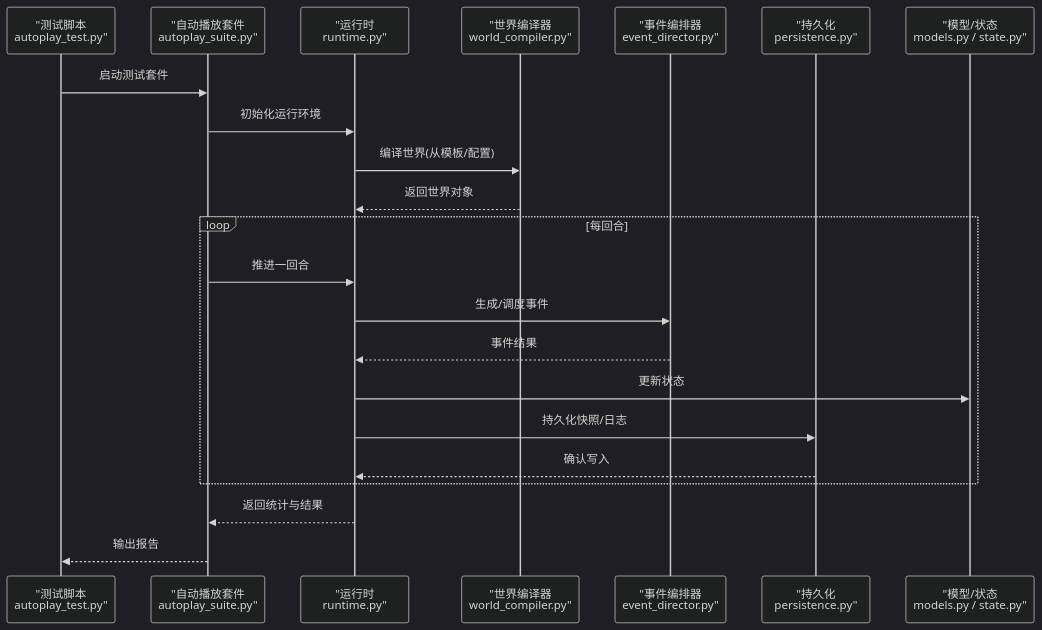
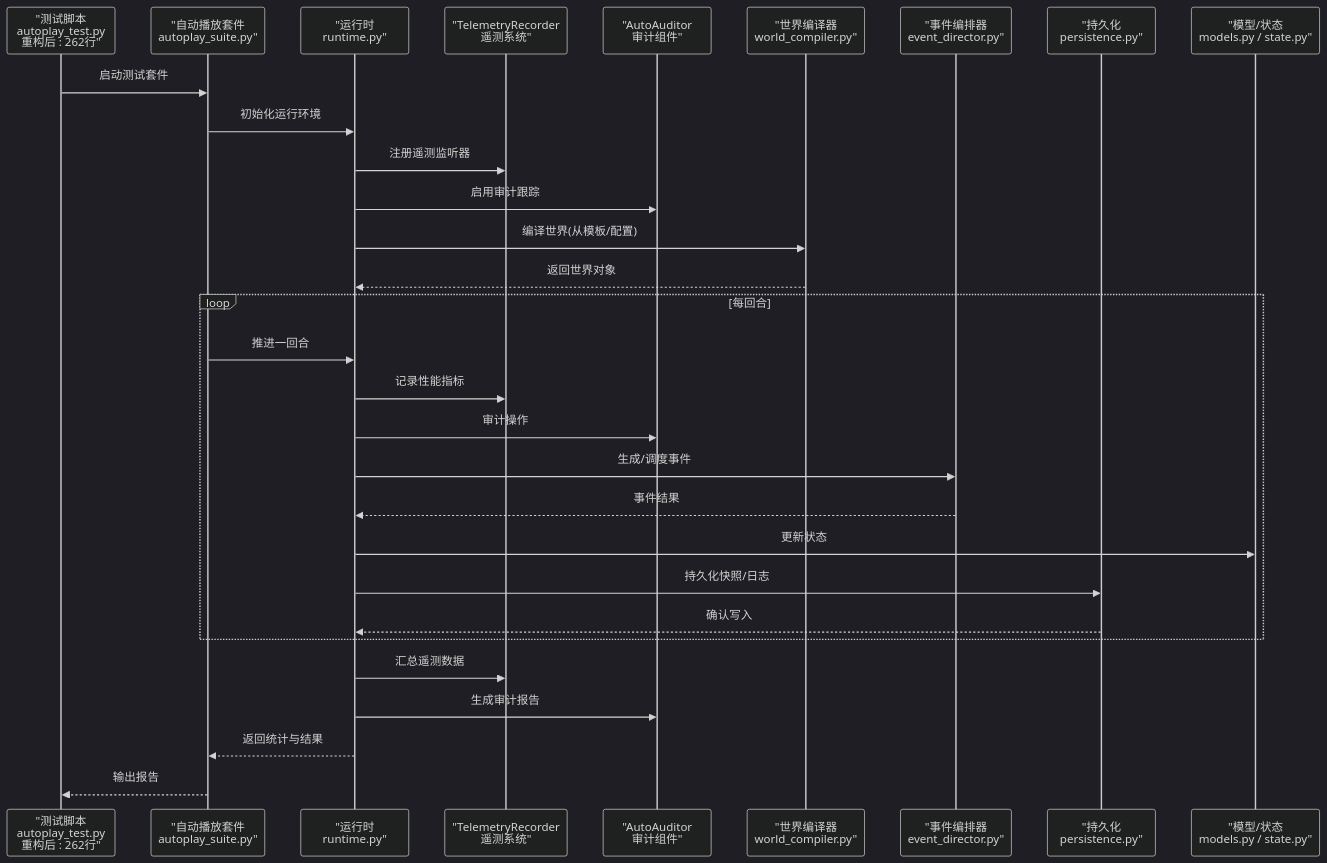
The second of 3 diagrams in .qoder/repowiki/zh/content/工具集/自动播放测试框架.md (Ivandanslespace/thegreatnovel), drawn with Mermaid (dark theme) before and after one commit. The commit also changed other lines of this file and 72 other files, not shown here.

````diff
--- a/.qoder/repowiki/zh/content/工具集/自动播放测试框架.md
+++ b/.qoder/repowiki/zh/content/工具集/自动播放测试框架.md
@@ -115,24 +133,32 @@
 ```mermaid
 sequenceDiagram
-participant T as "测试脚本<br/>autoplay_test.py"
+participant T as "测试脚本<br/>autoplay_test.py<br/>重构后 : 262行"
 participant S as "自动播放套件<br/>autoplay_suite.py"
 participant R as "运行时<br/>runtime.py"
+participant TR as "TelemetryRecorder<br/>遥测系统"
+participant AA as "AutoAuditor<br/>审计组件"
 participant W as "世界编译器<br/>world_compiler.py"
 participant E as "事件编排器<br/>event_director.py"
 participant P as "持久化<br/>persistence.py"
 participant M as "模型/状态<br/>models.py / state.py"
 T->>S : 启动测试套件
 S->>R : 初始化运行环境
+R->>TR : 注册遥测监听器
+R->>AA : 启用审计跟踪
 R->>W : 编译世界(从模板/配置)
 W-->>R : 返回世界对象
 loop 每回合
 S->>R : 推进一回合
+R->>TR : 记录性能指标
+R->>AA : 审计操作
 R->>E : 生成/调度事件
 E-->>R : 事件结果
 R->>M : 更新状态
 R->>P : 持久化快照/日志
 P-->>R : 确认写入
 end
+R->>TR : 汇总遥测数据
+R->>AA : 生成审计报告
 R-->>S : 返回统计与结果
 S-->>T : 输出报告
 ```
````
